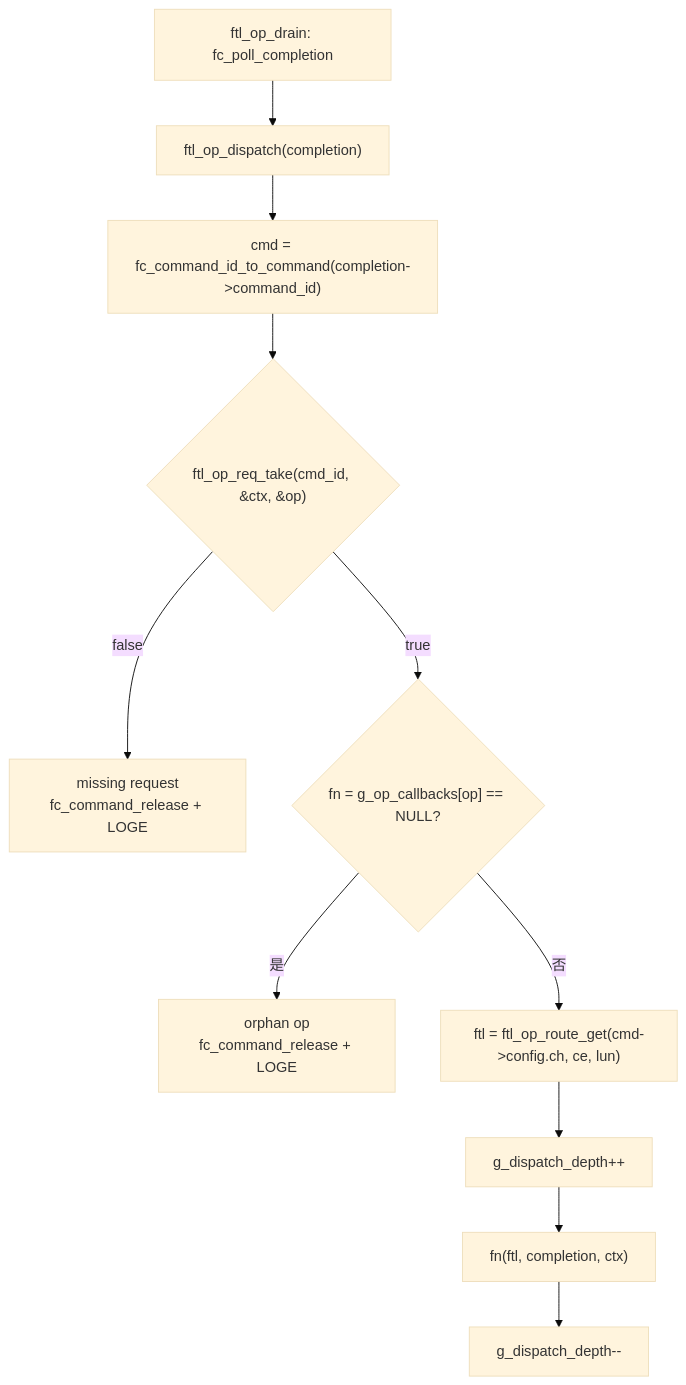
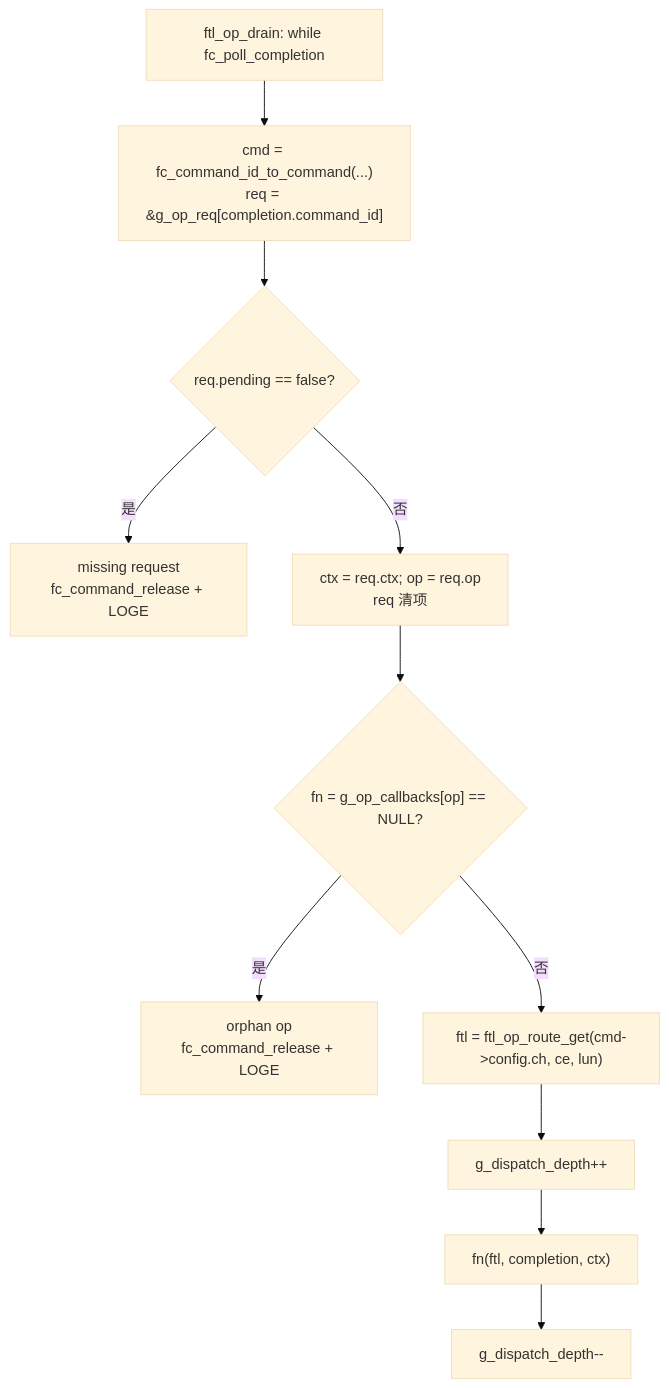
One commit to YzYMIAO/BASESSD changed diagram 19 of 36 in docs/design/ftl_design.md. Above: the diagram before and after it, drawn with Mermaid (base theme). The commit also changed other lines of this file and 5 other files, not shown here.

````diff
--- a/docs/design/ftl_design.md
+++ b/docs/design/ftl_design.md
@@ -3156,13 +3158,13 @@
 ```mermaid
 flowchart TD
-    A["ftl_op_drain: fc_poll_completion"] --> B["ftl_op_dispatch(completion)"]
-    B --> C["cmd = fc_command_id_to_command(completion->command_id)"]
-    C --> D{"ftl_op_req_take(cmd_id, &ctx, &op)"}
-    D -- "false" --> O["missing request<br/>fc_command_release + LOGE"]
-    D -- "true" --> E{"fn = g_op_callbacks[op] == NULL?"}
+    A["ftl_op_drain: while fc_poll_completion"] --> C["cmd = fc_command_id_to_command(...)<br/>req = &g_op_req[completion.command_id]"]
+    C --> D{"req.pending == false?"}
+    D -- "是" --> O["missing request<br/>fc_command_release + LOGE"]
+    D -- "否" --> X["ctx = req.ctx; op = req.op<br/>req 清项"]
+    X --> E{"fn = g_op_callbacks[op] == NULL?"}
     E -- "是" --> G["orphan op<br/>fc_command_release + LOGE"]
     E -- "否" --> H["ftl = ftl_op_route_get(cmd->config.ch, ce, lun)"]
     H --> I["g_dispatch_depth++"]
     I --> J["fn(ftl, completion, ctx)"]
     J --> K["g_dispatch_depth--"]
 ```
````
